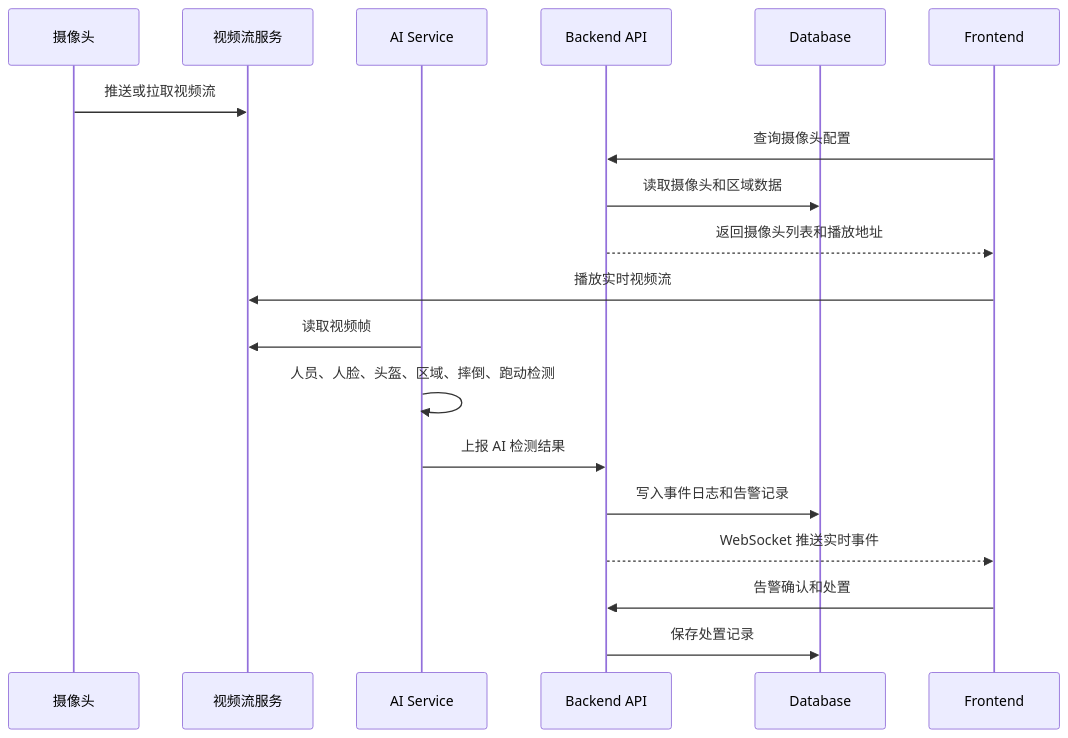
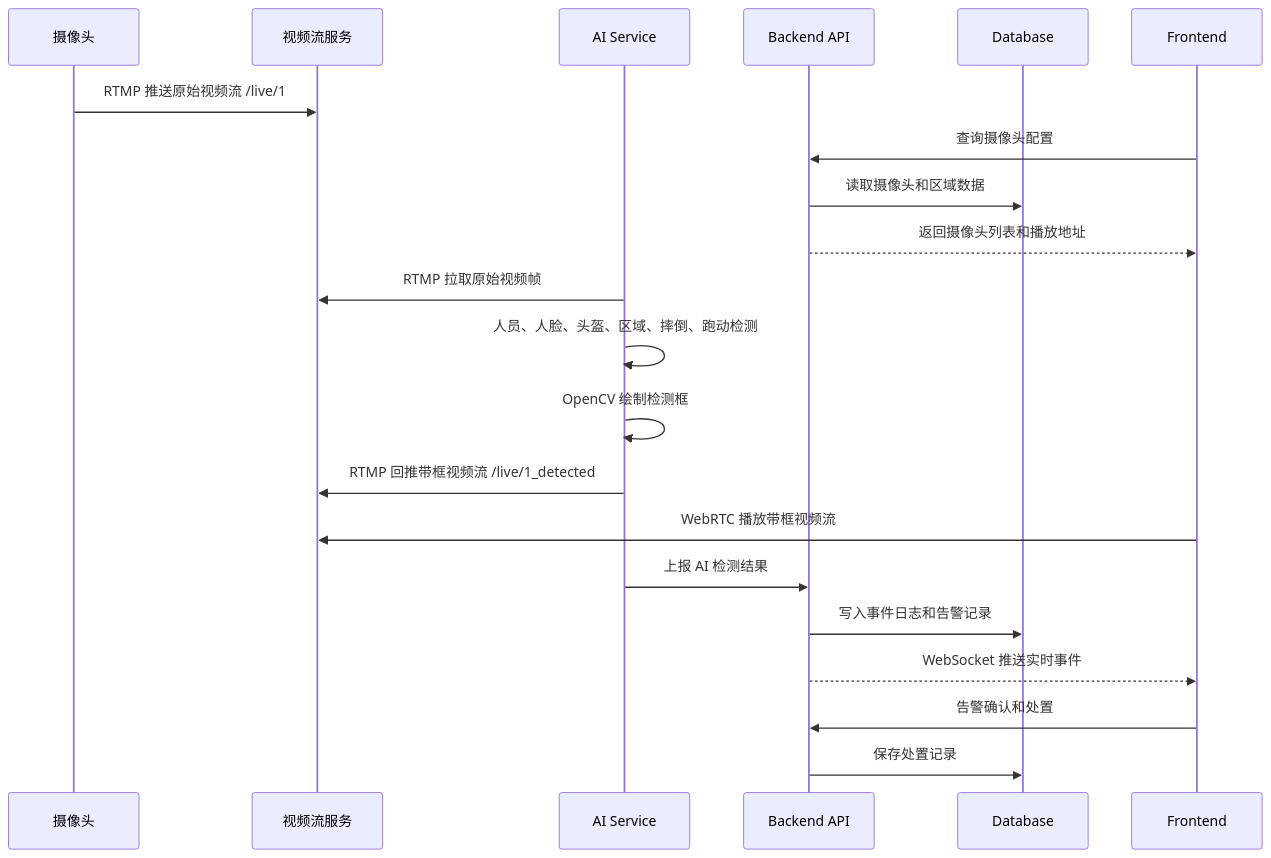
The second of 3 diagrams in docs/03-architecture-design.md (YuzhSong/FactoryVision), drawn with Mermaid before and after one commit. The commit also changed other lines of this file and 20 other files, not shown here.

````diff
--- a/docs/03-architecture-design.md
+++ b/docs/03-architecture-design.md
@@ -45,22 +46,24 @@
 ```mermaid
 sequenceDiagram
     participant C as 摄像头
     participant S as 视频流服务
     participant A as AI Service
     participant B as Backend API
     participant D as Database
     participant F as Frontend
 
-    C->>S: 推送或拉取视频流
+    C->>S: RTMP 推送原始视频流 /live/1
     F->>B: 查询摄像头配置
     B->>D: 读取摄像头和区域数据
     B-->>F: 返回摄像头列表和播放地址
-    F->>S: 播放实时视频流
-    A->>S: 读取视频帧
+    A->>S: RTMP 拉取原始视频帧
     A->>A: 人员、人脸、头盔、区域、摔倒、跑动检测
+    A->>A: OpenCV 绘制检测框
+    A->>S: RTMP 回推带框视频流 /live/1_detected
+    F->>S: WebRTC 播放带框视频流
     A->>B: 上报 AI 检测结果
     B->>D: 写入事件日志和告警记录
     B-->>F: WebSocket 推送实时事件
     F->>B: 告警确认和处置
     B->>D: 保存处置记录
 ```
````
